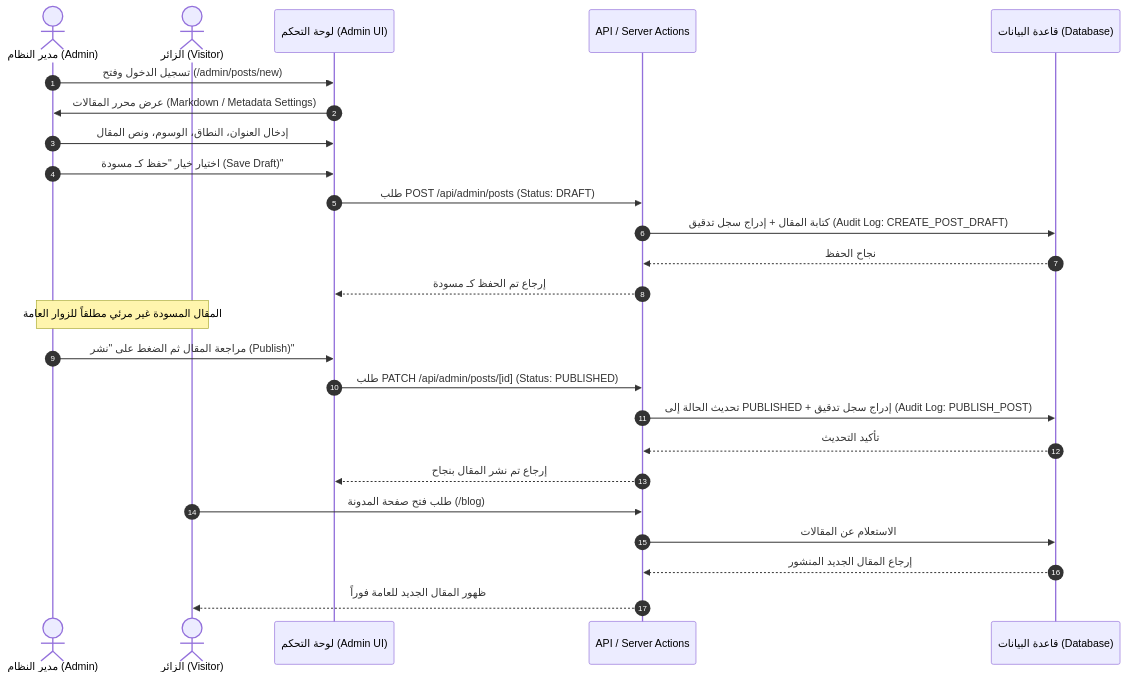
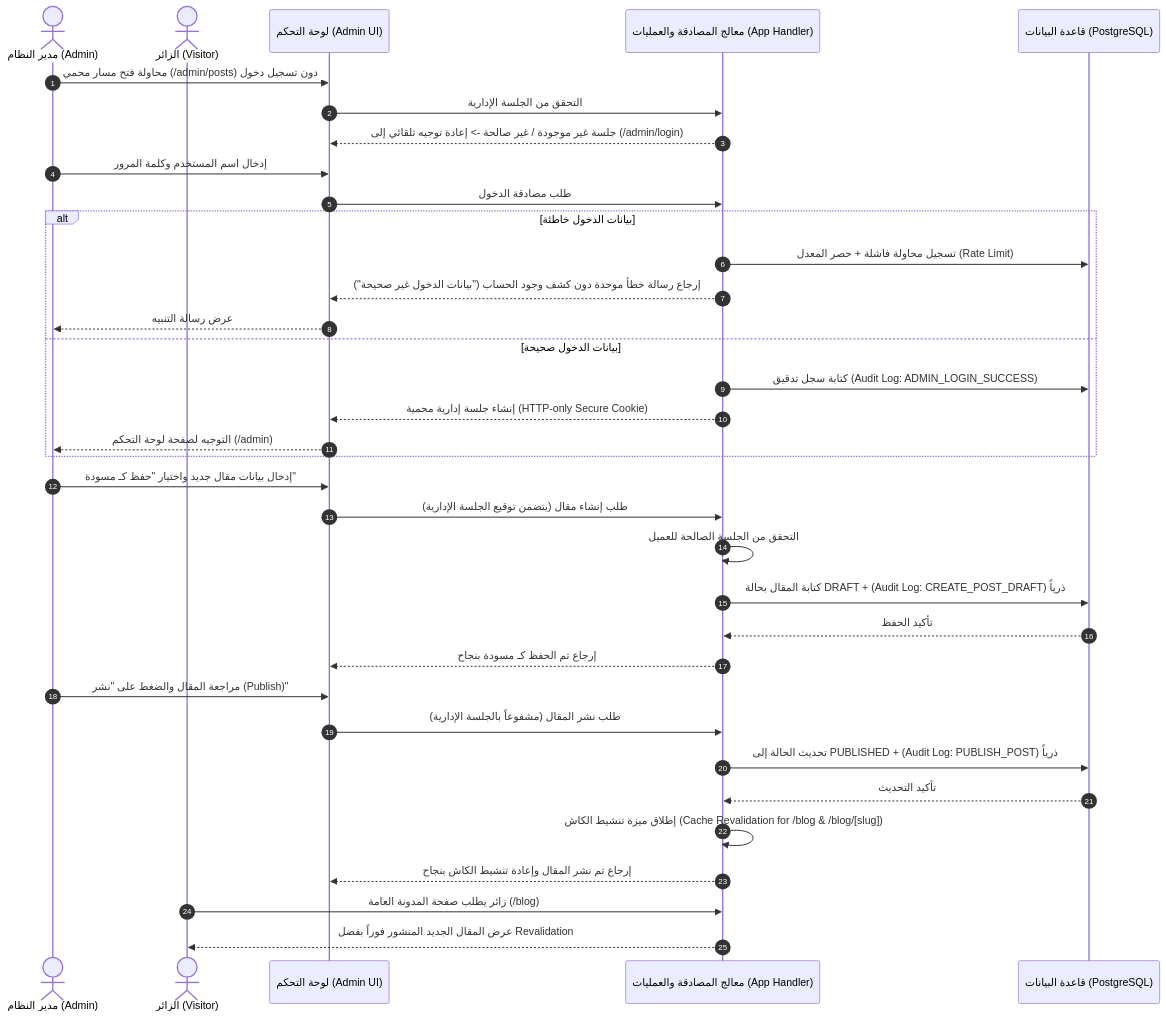
Before and after one commit to Eissaali11/maywebeissa: the second of 3 diagrams in docs/requirements/USER-FLOWS.md, drawn with Mermaid. The commit also changed other lines of this file and 2 other files, not shown here.

Commit message:
docs(req): apply COO review corrections to SRS, site map, and user flows

````diff
--- a/docs/requirements/USER-FLOWS.md
+++ b/docs/requirements/USER-FLOWS.md
@@ -47,28 +56,45 @@
 ```mermaid
 sequenceDiagram
     autonumber
     actor A as مدير النظام (Admin)
     actor V as الزائر (Visitor)
     participant B as لوحة التحكم (Admin UI)
-    participant S as API / Server Actions
-    participant DB as قاعدة البيانات (Database)
+    participant S as معالج المصادقة والعمليات (App Handler)
+    participant DB as قاعدة البيانات (PostgreSQL)
 
-    A->>B: تسجيل الدخول وفتح (/admin/posts/new)
-    B->>A: عرض محرر المقالات (Markdown / Metadata Settings)
-    A->>B: إدخال العنوان، النطاق، الوسوم، ونص المقال
-    A->>B: اختيار خيار "حفظ كـ مسودة (Save Draft)"
-    B->>S: طلب POST /api/admin/posts (Status: DRAFT)
-    S->>DB: كتابة المقال + إدراج سجل تدقيق (Audit Log: CREATE_POST_DRAFT)
-    DB-->>S: نجاح الحفظ
-    S-->>B: إرجاع تم الحفظ كـ مسودة
-    Note over A,V: المقال المسودة غير مرئي مطلقاً للزوار العامة
-    A->>B: مراجعة المقال ثم الضغط على "نشر (Publish)"
-    B->>S: طلب PATCH /api/admin/posts/[id] (Status: PUBLISHED)
-    S->>DB: تحديث الحالة إلى PUBLISHED + إدراج سجل تدقيق (Audit Log: PUBLISH_POST)
+    %% Unauthenticated Access Attempt
+    A->>B: محاولة فتح مسار محمي (/admin/posts) دون تسجيل دخول
+    B->>S: التحقق من الجلسة الإدارية
+    S-->>B: جلسة غير موجودة / غير صالحة -> إعادة توجيه تلقائي إلى (/admin/login)
+
+    %% Login Flow & Failures
+    A->>B: إدخال اسم المستخدم وكلمة المرور
+    B->>S: طلب مصادقة الدخول
+    alt بيانات الدخول خاطئة
+        S->>DB: تسجيل محاولة فاشلة + حصر المعدل (Rate Limit)
+        S-->>B: إرجاع رسالة خطأ موحدة دون كشف وجود الحساب ("بيانات الدخول غير صحيحة")
+        B-->>A: عرض رسالة التنبيه
+    else بيانات الدخول صحيحة
+        S->>DB: كتابة سجل تدقيق (Audit Log: ADMIN_LOGIN_SUCCESS)
+        S-->>B: إنشاء جلسة إدارية محمية (HTTP-only Secure Cookie)
+        B-->>A: التوجيه لصفحة لوحة التحكم (/admin)
+    end
+
+    %% Post Creation & Publishing
+    A->>B: إدخال بيانات مقال جديد واختيار "حفظ كـ مسودة"
+    B->>S: طلب إنشاء مقال (يتضمن توقيع الجلسة الإدارية)
+    S->>S: التحقق من الجلسة الصالحة للعميل
+    S->>DB: كتابة المقال بحالة DRAFT + (Audit Log: CREATE_POST_DRAFT) ذرياً
+    DB-->>S: تأكيد الحفظ
+    S-->>B: إرجاع تم الحفظ كـ مسودة بنجاح
+
+    A->>B: مراجعة المقال والضغط على "نشر (Publish)"
+    B->>S: طلب نشر المقال (مشفوعاً بالجلسة الإدارية)
+    S->>DB: تحديث الحالة إلى PUBLISHED + (Audit Log: PUBLISH_POST) ذرياً
     DB-->>S: تأكيد التحديث
-    S-->>B: إرجاع تم نشر المقال بنجاح
-    V->>S: طلب فتح صفحة المدونة (/blog)
-    S->>DB: الاستعلام عن المقالات
-    DB-->>S: إرجاع المقال الجديد المنشور
-    S-->>V: ظهور المقال الجديد للعامة فوراً
+    S->>S: إطلاق ميزة تنشيط الكاش (Cache Revalidation for /blog & /blog/[slug])
+    S-->>B: إرجاع تم نشر المقال وإعادة تنشيط الكاش بنجاح
+
+    V->>S: زائر يطلب صفحة المدونة العامة (/blog)
+    S-->>V: عرض المقال الجديد المنشور فوراً بفضل Revalidation
 ```
````
